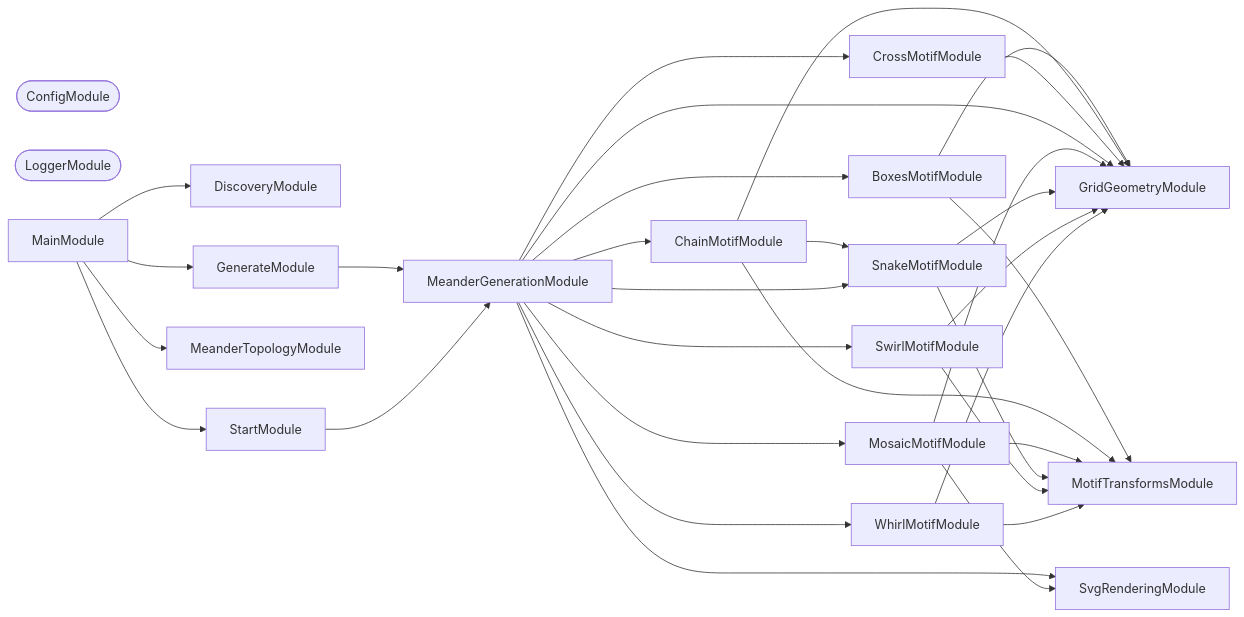
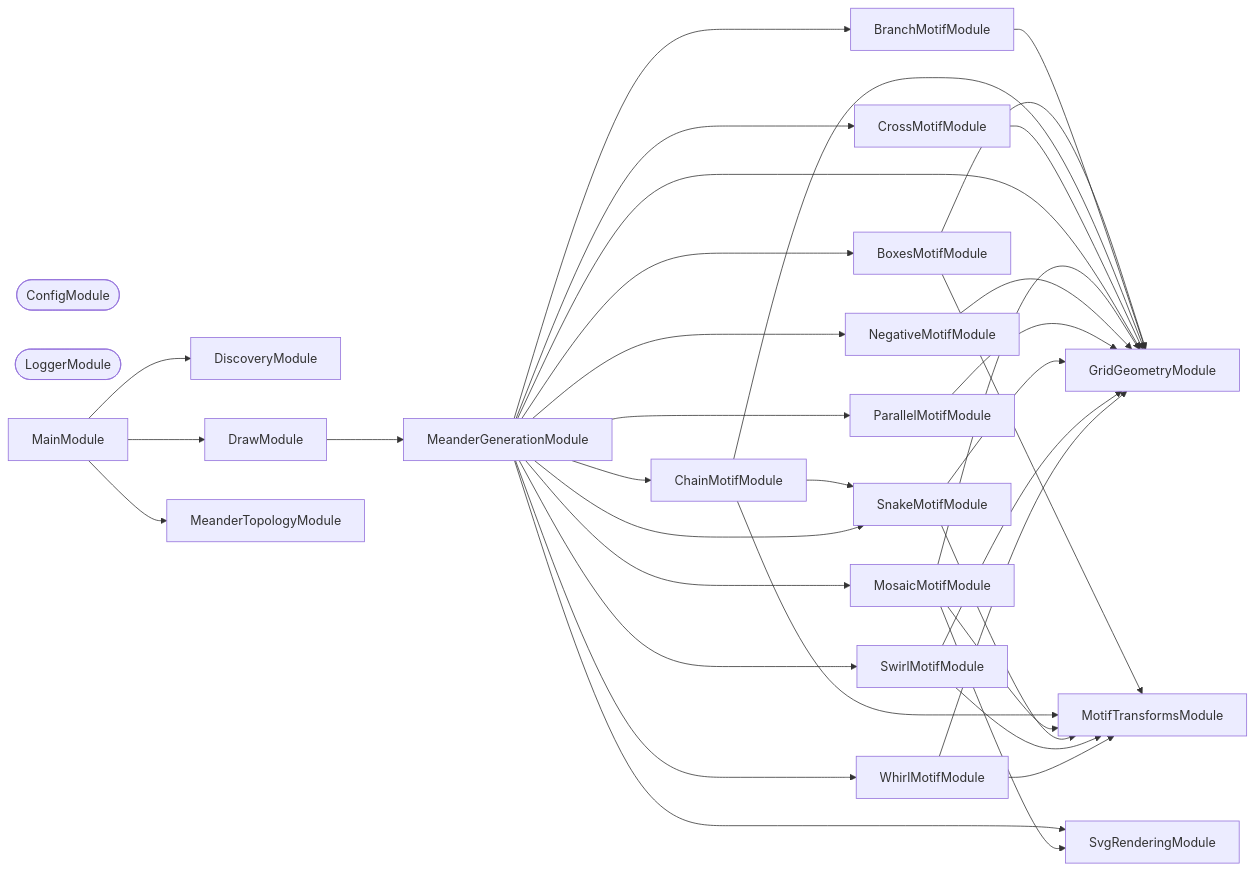
The second of 3 diagrams in applications/meanderaw/README.md (JimmyPaolini/codebase), drawn with Mermaid before and after one commit. The commit also changed other lines of this file and 4 other files, not shown here.

````diff
--- a/applications/meanderaw/README.md
+++ b/applications/meanderaw/README.md
@@ -1395,51 +1395,57 @@
 ```mermaid
 flowchart LR
   BoxesMotifModule
+  BranchMotifModule
   ChainMotifModule
   ConfigModule([ConfigModule])
   CrossMotifModule
   DiscoveryModule
-  GenerateModule
+  DrawModule
   GridGeometryModule
   LoggerModule([LoggerModule])
   MainModule
   MeanderGenerationModule
   MeanderTopologyModule
   MosaicMotifModule
   MotifTransformsModule
+  NegativeMotifModule
+  ParallelMotifModule
   SnakeMotifModule
-  StartModule
   SvgRenderingModule
   SwirlMotifModule
   WhirlMotifModule
   BoxesMotifModule --> GridGeometryModule
   BoxesMotifModule --> MotifTransformsModule
+  BranchMotifModule --> GridGeometryModule
   ChainMotifModule --> GridGeometryModule
   ChainMotifModule --> MotifTransformsModule
   ChainMotifModule --> SnakeMotifModule
   CrossMotifModule --> GridGeometryModule
-  GenerateModule --> MeanderGenerationModule
+  DrawModule --> MeanderGenerationModule
   MainModule --> DiscoveryModule
-  MainModule --> GenerateModule
+  MainModule --> DrawModule
   MainModule --> MeanderTopologyModule
-  MainModule --> StartModule
   MeanderGenerationModule --> BoxesMotifModule
+  MeanderGenerationModule --> BranchMotifModule
   MeanderGenerationModule --> ChainMotifModule
   MeanderGenerationModule --> CrossMotifModule
   MeanderGenerationModule --> GridGeometryModule
   MeanderGenerationModule --> MosaicMotifModule
+  MeanderGenerationModule --> NegativeMotifModule
+  MeanderGenerationModule --> ParallelMotifModule
   MeanderGenerationModule --> SnakeMotifModule
   MeanderGenerationModule --> SvgRenderingModule
   MeanderGenerationModule --> SwirlMotifModule
   MeanderGenerationModule --> WhirlMotifModule
   MosaicMotifModule --> GridGeometryModule
   MosaicMotifModule --> MotifTransformsModule
   MosaicMotifModule --> SvgRenderingModule
+  NegativeMotifModule --> GridGeometryModule
+  ParallelMotifModule --> GridGeometryModule
   SnakeMotifModule --> GridGeometryModule
   SnakeMotifModule --> MotifTransformsModule
-  StartModule --> MeanderGenerationModule
   SwirlMotifModule --> GridGeometryModule
   SwirlMotifModule --> MotifTransformsModule
   WhirlMotifModule --> GridGeometryModule
   WhirlMotifModule --> MotifTransformsModule
 ```
````
